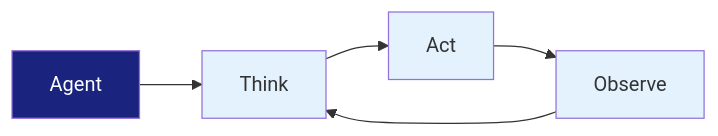
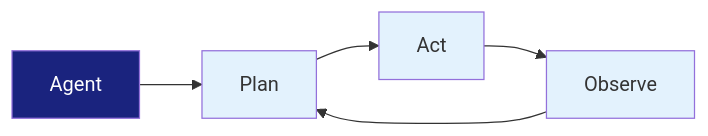
The first of 2 diagrams in presentation.qmd (matthewhirschey/useR_talk_axolotr), drawn with Mermaid before and after one commit. The commit also changed other lines of this file and 6 other files, not shown here.

````diff
--- a/presentation.qmd
+++ b/presentation.qmd
@@ -58,13 +56,13 @@
 ```{mermaid}
 %%{init: {'theme':'default'}}%%
 flowchart LR
-    A[Agent] --> B[Think]
+    A[Agent] --> B[Plan]
     B --> C[Act]
     C --> D[Observe]
     D --> B
     
     style A fill:#1a237e,color:#fff
     style B fill:#e3f2fd
     style C fill:#e3f2fd
     style D fill:#e3f2fd
 ```
````
